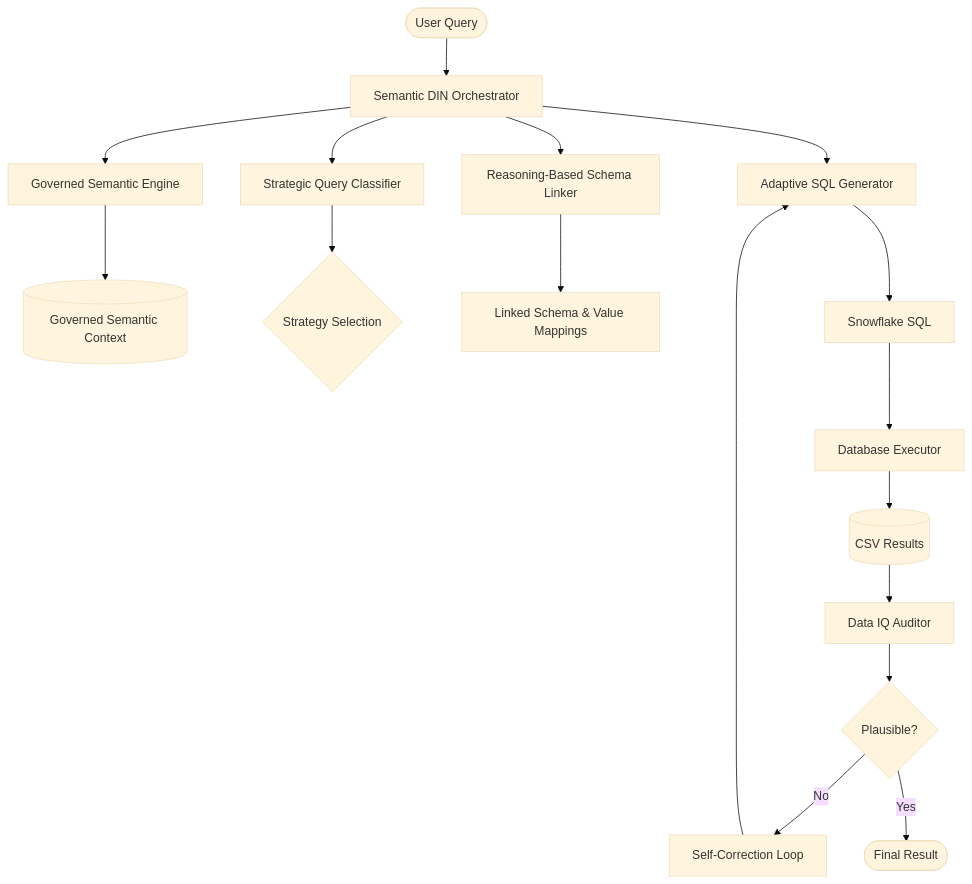
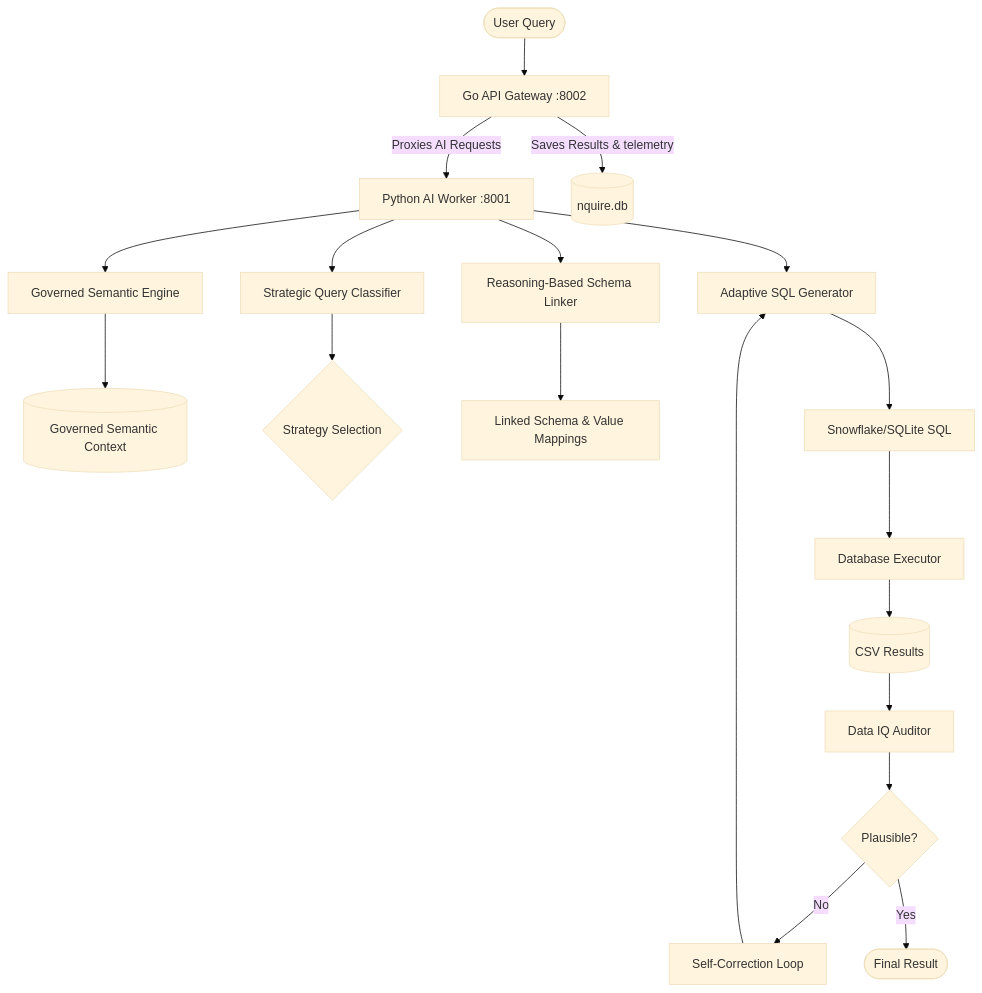
Before and after one commit to vikasvijigiri/TT_SQL: the diagram in README.md, drawn with Mermaid (base theme). The commit also changed other lines of this file and 320 other files, not shown here.

````diff
--- a/README.md
+++ b/README.md
@@ -16,26 +32,29 @@
 ```mermaid
 graph TD
-    User([User Query]) --> Orchestrator[Semantic DIN Orchestrator]
-    Orchestrator --> Engine[Governed Semantic Engine]
-    Engine --> Context[(Governed Semantic Context)]
+    User([User Query]) --> Gateway[Go API Gateway :8002]
+    Gateway -->|Proxies AI Requests| PythonWorker[Python AI Worker :8001]
     
-    Orchestrator --> Classifier[Strategic Query Classifier]
+    PythonWorker --> GovernedEngine[Governed Semantic Engine]
+    GovernedEngine --> Context[(Governed Semantic Context)]
+    
+    PythonWorker --> Classifier[Strategic Query Classifier]
     Classifier --> Strategy{Strategy Selection}
     
-    Orchestrator --> Linker[Reasoning-Based Schema Linker]
+    PythonWorker --> Linker[Reasoning-Based Schema Linker]
     Linker --> LinkedSchema[Linked Schema & Value Mappings]
     
-    Orchestrator --> Generator[Adaptive SQL Generator]
-    Generator --> SQL[Snowflake SQL]
+    PythonWorker --> Generator[Adaptive SQL Generator]
+    Generator --> SQL[Snowflake/SQLite SQL]
     
     SQL --> Executor[Database Executor]
     Executor --> Results[(CSV Results)]
     
     Results --> Validator[Data IQ Auditor]
     Validator --> Feedback{Plausible?}
     
     Feedback -- No --> Corrector[Self-Correction Loop]
     Corrector --> Generator
     
     Feedback -- Yes --> Done([Final Result])
+    Gateway -->|Saves Results & telemetry| SQLiteDB[(nquire.db)]
 ```
````
